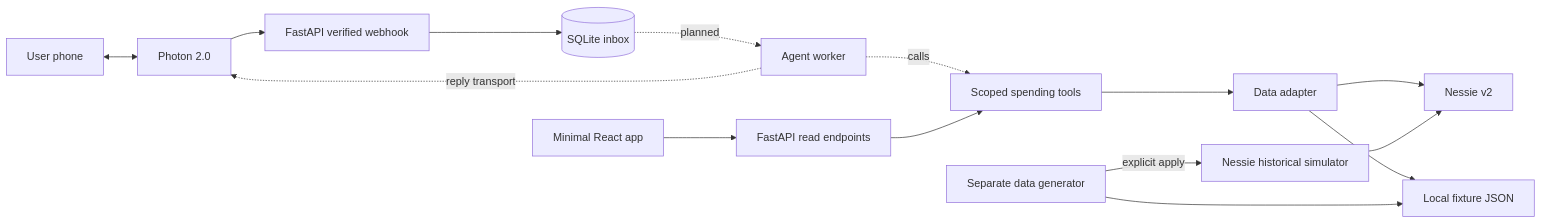
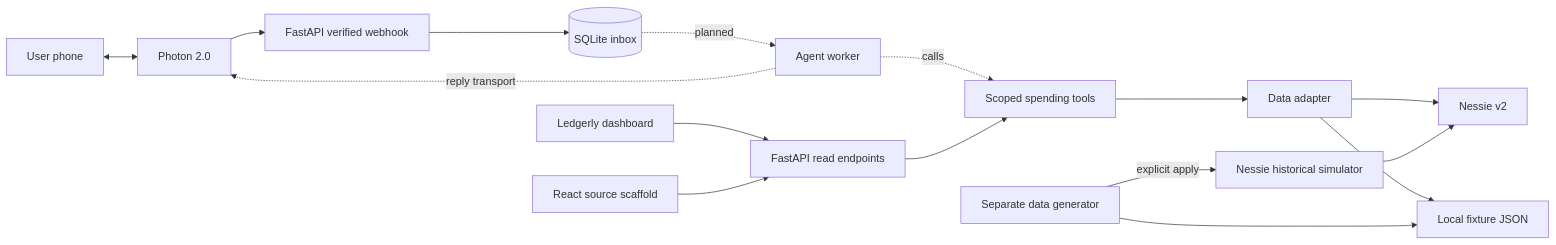
The diagram in docs/DESIGN.md (angietirado/princetonhack2026), drawn with Mermaid before and after one commit. The commit also changed other lines of this file and 35 other files, not shown here.

````diff
--- a/docs/DESIGN.md
+++ b/docs/DESIGN.md
@@ -31,17 +36,18 @@
 ```mermaid
 flowchart LR
     Phone[User phone] <--> Photon[Photon 2.0]
     Photon --> Receiver[FastAPI verified webhook]
     Receiver --> Inbox[(SQLite inbox)]
     Inbox -. planned .-> Worker[Agent worker]
     Worker -. reply transport .-> Photon
     Worker -. calls .-> Tools[Scoped spending tools]
-    React[Minimal React app] --> API[FastAPI read endpoints]
+    Ledgerly[Ledgerly dashboard] --> API[FastAPI read endpoints]
+    React[React source scaffold] --> API
     API --> Tools
     Tools --> Adapter[Data adapter]
     Adapter --> Nessie[Nessie v2]
     Adapter --> Fixtures[Local fixture JSON]
     Generator[Separate data generator] --> Fixtures
     Generator -->|explicit apply| Simulation[Nessie historical simulator]
     Simulation --> Nessie
 ```
````
